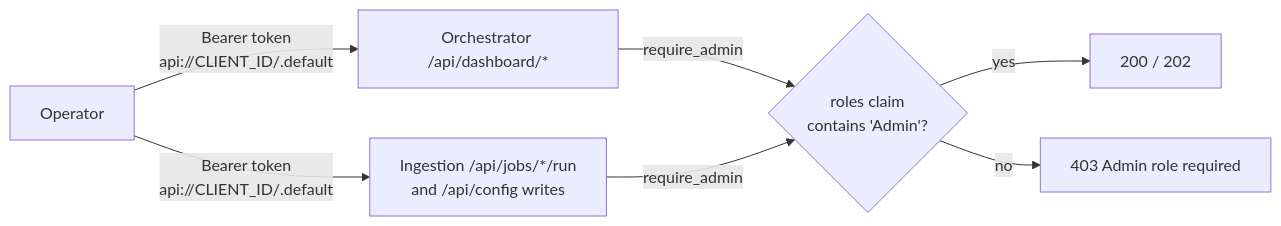
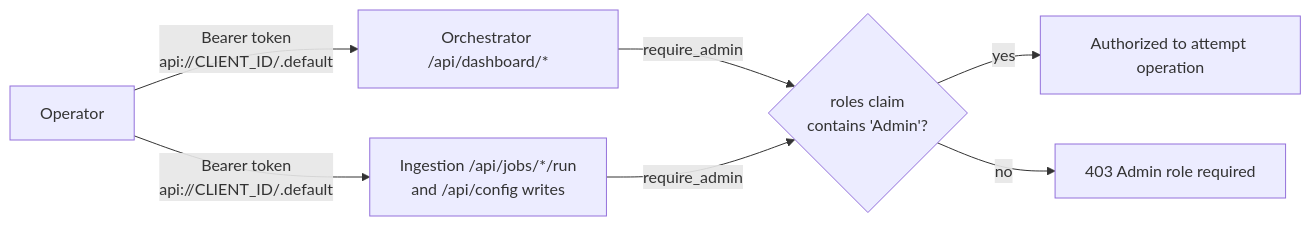
Before and after one commit to Azure/GPT-RAG: the diagram in docs/howto_authentication.md, drawn with Mermaid. The commit also changed other lines of this file and 2 other files, not shown here.

````diff
--- a/docs/howto_authentication.md
+++ b/docs/howto_authentication.md
@@ -363,9 +363,9 @@
 ```mermaid
 flowchart LR
   User[Operator] -->|Bearer token<br/>api://CLIENT_ID/.default| Orch[Orchestrator /api/dashboard/*]
   User -->|Bearer token<br/>api://CLIENT_ID/.default| Ing[Ingestion /api/jobs/*/run<br/>and /api/config writes]
   Orch -->|require_admin| RoleCheck{roles claim<br/>contains 'Admin'?}
   Ing -->|require_admin| RoleCheck
-  RoleCheck -->|yes| Allow[200 / 202]
+  RoleCheck -->|yes| Allow[Authorized to attempt operation]
   RoleCheck -->|no| Deny[403 Admin role required]
 ```
````
